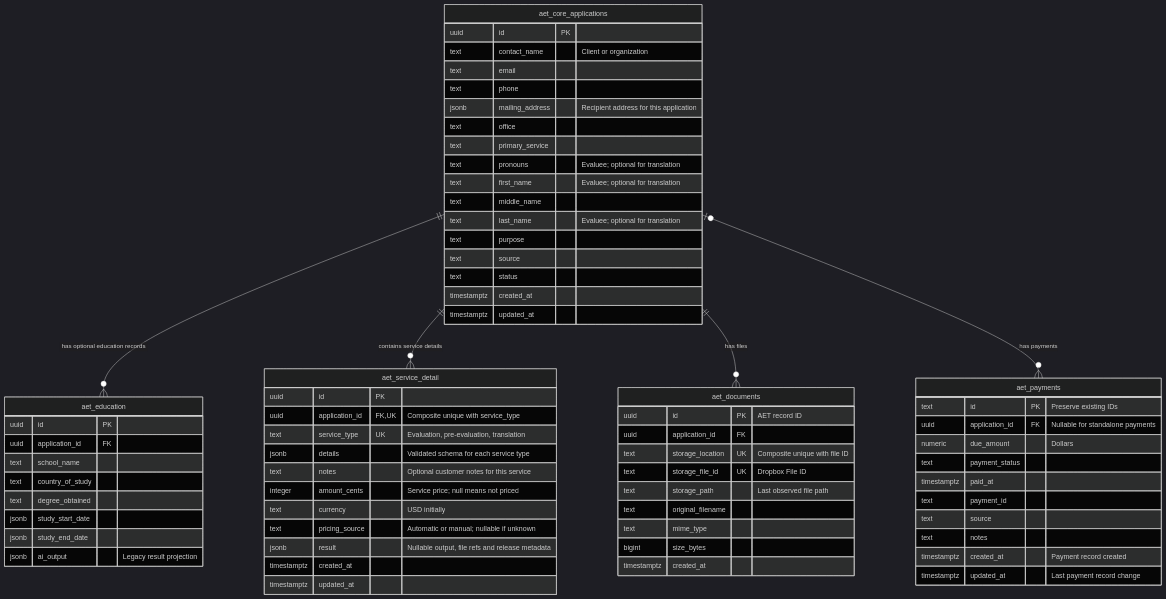
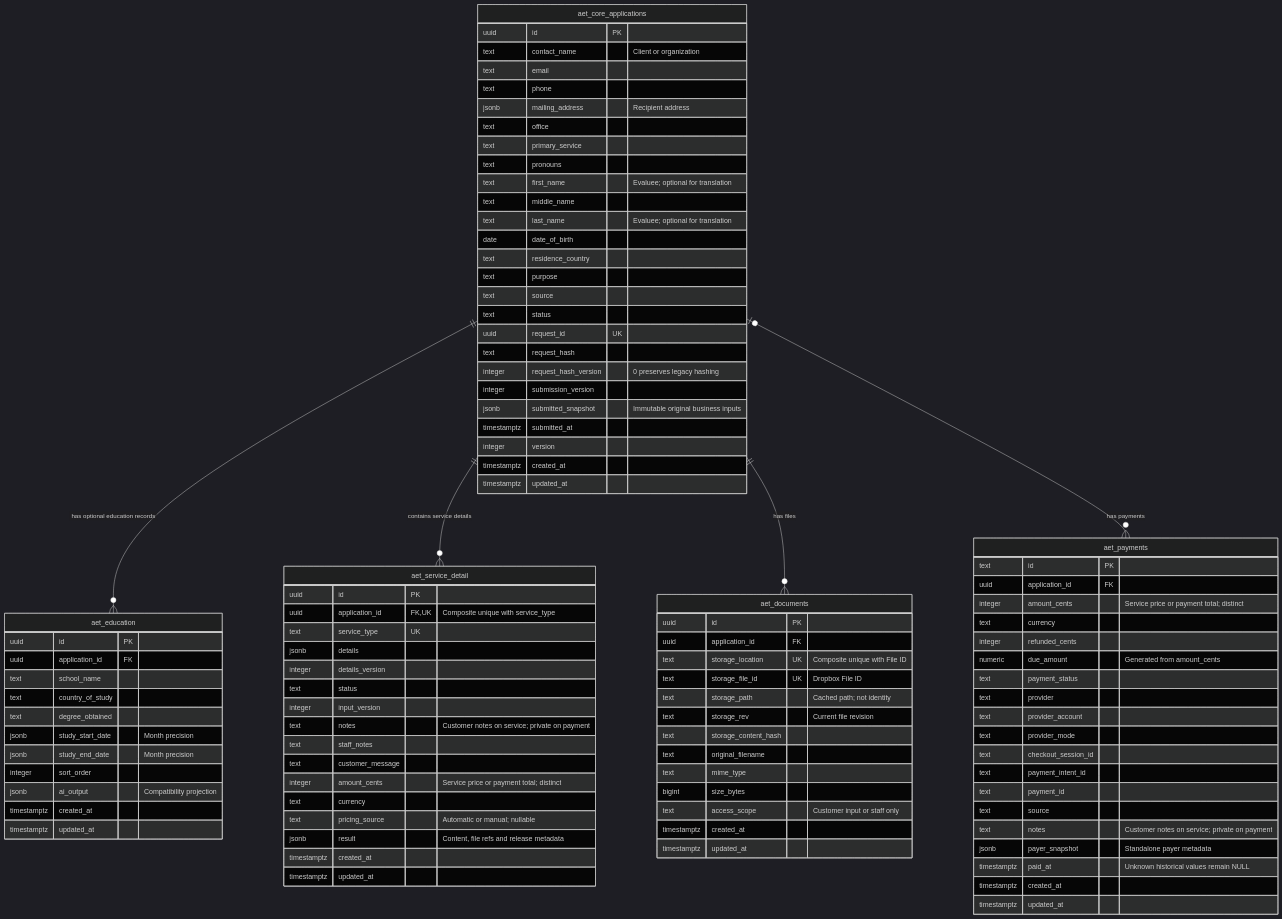
The third of 3 diagrams in docs/database-architecture.md (Jeromestein/aet-website-2026), drawn with Mermaid (dark theme) before and after one commit. The commit also changed other lines of this file and 14 other files, not shown here.

```diff
--- a/docs/database-architecture.md
+++ b/docs/database-architecture.md
@@ -408,16 +412,25 @@
     text contact_name "Client or organization"
     text email
     text phone
-    jsonb mailing_address "Recipient address for this application"
+    jsonb mailing_address "Recipient address"
     text office
     text primary_service
-    text pronouns "Evaluee; optional for translation"
+    text pronouns
     text first_name "Evaluee; optional for translation"
     text middle_name
     text last_name "Evaluee; optional for translation"
+    date date_of_birth
+    text residence_country
     text purpose
     text source
     text status
+    uuid request_id UK
+    text request_hash
+    integer request_hash_version "0 preserves legacy hashing"
+    integer submission_version
+    jsonb submitted_snapshot "Immutable original business inputs"
+    timestamptz submitted_at
+    integer version
     timestamptz created_at
     timestamptz updated_at
   }
@@ -427,45 +440,66 @@
     text school_name
     text country_of_study
     text degree_obtained
-    jsonb study_start_date
-    jsonb study_end_date
-    jsonb ai_output "Legacy result projection"
+    jsonb study_start_date "Month precision"
+    jsonb study_end_date "Month precision"
+    integer sort_order
+    jsonb ai_output "Compatibility projection"
+    timestamptz created_at
+    timestamptz updated_at
   }
   aet_service_detail {
     uuid id PK
     uuid application_id FK,UK "Composite unique with service_type"
-    text service_type UK "Evaluation, pre-evaluation, translation"
-    jsonb details "Validated schema for each service type"
-    text notes "Optional customer notes for this service"
-    integer amount_cents "Service price; null means not priced"
-    text currency "USD initially"
-    text pricing_source "Automatic or manual; nullable if unknown"
-    jsonb result "Nullable output, file refs and release metadata"
+    text service_type UK
+    jsonb details
+    integer details_version
+    text status
+    integer input_version
+    text notes "Customer notes on service; private on payment"
+    text staff_notes
+    text customer_message
+    integer amount_cents "Service price or payment total; distinct"
+    text currency
+    text pricing_source "Automatic or manual; nullable"
+    jsonb result "Content, file refs and release metadata"
     timestamptz created_at
     timestamptz updated_at
   }
   aet_documents {
-    uuid id PK "AET record ID"
+    uuid id PK
     uuid application_id FK
-    text storage_location UK "Composite unique with file ID"
+    text storage_location UK "Composite unique with File ID"
     text storage_file_id UK "Dropbox File ID"
-    text storage_path "Last observed file path"
+    text storage_path "Cached path; not identity"
+    text storage_rev "Current file revision"
+    text storage_content_hash
     text original_filename
     text mime_type
     bigint size_bytes
+    text access_scope "Customer input or staff only"
     timestamptz created_at
+    timestamptz updated_at
   }
   aet_payments {
-    text id PK "Preserve existing IDs"
-    uuid application_id FK "Nullable for standalone payments"
-    numeric due_amount "Dollars"
+    text id PK
+    uuid application_id FK
+    integer amount_cents "Service price or payment total; distinct"
+    text currency
+    integer refunded_cents
+    numeric due_amount "Generated from amount_cents"
     text payment_status
-    timestamptz paid_at
+    text provider
+    text provider_account
+    text provider_mode
+    text checkout_session_id
+    text payment_intent_id
     text payment_id
     text source
-    text notes
-    timestamptz created_at "Payment record created"
-    timestamptz updated_at "Last payment record change"
+    text notes "Customer notes on service; private on payment"
+    jsonb payer_snapshot "Standalone payer metadata"
+    timestamptz paid_at "Unknown historical values remain NULL"
+    timestamptz created_at
+    timestamptz updated_at
   }
   aet_core_applications ||--o{ aet_education : "has optional education records"
   aet_core_applications ||--o{ aet_service_detail : "contains service details"
```
